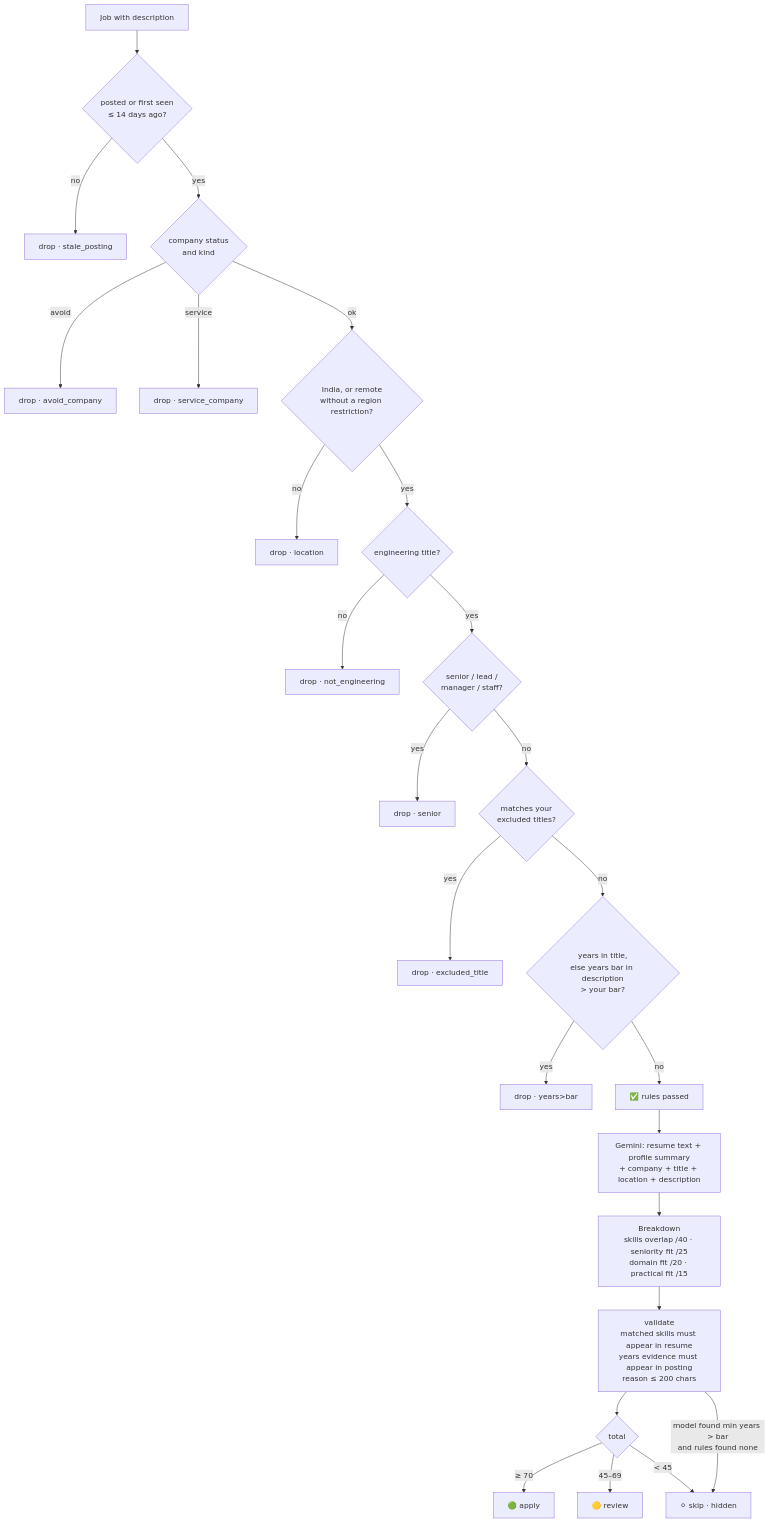
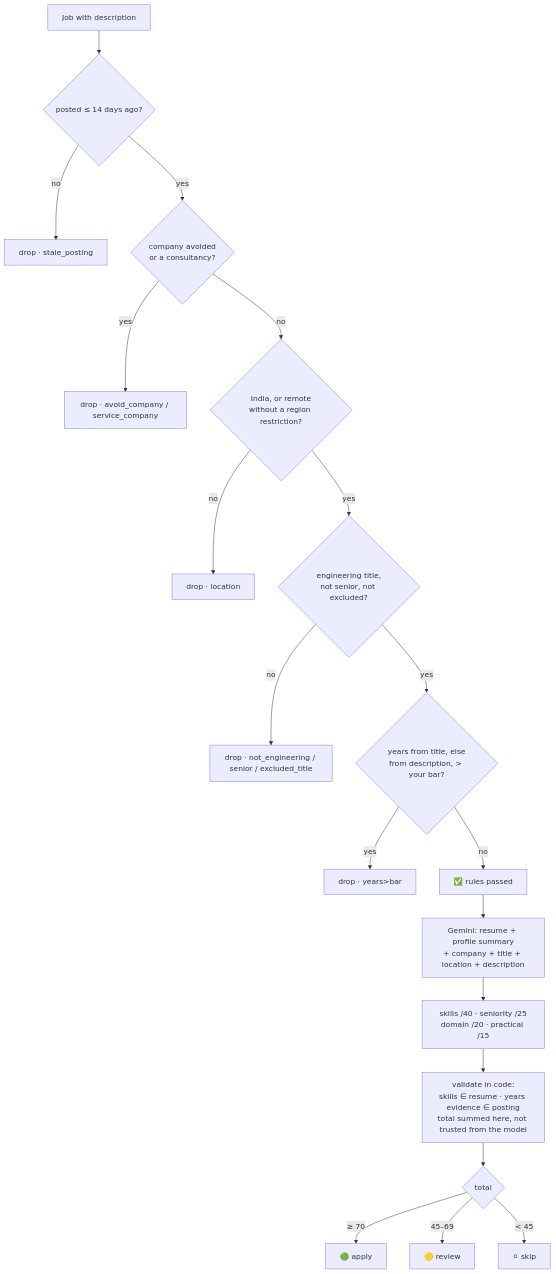
Before and after one commit to Poojitha319/hungry_hunt: the second of 3 diagrams in README.md, drawn with Mermaid. The commit also changed other lines of this file and 2 other files, not shown here.

````diff
--- a/README.md
+++ b/README.md
@@ -214,28 +89,22 @@
 ```mermaid
 flowchart TD
-    J[Job with description] --> stale{posted or first seen<br/>≤ 14 days ago?}
+    J[Job with description] --> stale{posted ≤ 14 days ago?}
     stale -- no --> X1[drop · stale_posting]
-    stale -- yes --> comp{company status<br/>and kind}
-    comp -- avoid --> X2[drop · avoid_company]
-    comp -- service --> X3[drop · service_company]
-    comp -- ok --> loc{India, or remote<br/>without a region restriction?}
-    loc -- no --> X4[drop · location]
-    loc -- yes --> title{engineering title?}
-    title -- no --> X5[drop · not_engineering]
-    title -- yes --> senior{senior / lead /<br/>manager / staff?}
-    senior -- yes --> X6[drop · senior]
-    senior -- no --> excl{matches your<br/>excluded titles?}
-    excl -- yes --> X7[drop · excluded_title]
-    excl -- no --> years{years in title,<br/>else years bar in description<br/>> your bar?}
-    years -- yes --> X8[drop · years>bar]
-    years -- no --> rules_ok[✅ rules passed]
+    stale -- yes --> comp{company avoided<br/>or a consultancy?}
+    comp -- yes --> X2[drop · avoid_company / service_company]
+    comp -- no --> loc{India, or remote<br/>without a region restriction?}
+    loc -- no --> X3[drop · location]
+    loc -- yes --> title{engineering title,<br/>not senior, not excluded?}
+    title -- no --> X4[drop · not_engineering / senior / excluded_title]
+    title -- yes --> years{years from title, else<br/>from description, > your bar?}
+    years -- yes --> X5[drop · years>bar]
+    years -- no --> ok[✅ rules passed]
 
-    rules_ok --> gem[Gemini: resume text + profile summary<br/>+ company + title + location + description]
-    gem --> rubric["Breakdown<br/>skills overlap /40 · seniority fit /25<br/>domain fit /20 · practical fit /15"]
-    rubric --> val[validate<br/>matched skills must appear in resume<br/>years evidence must appear in posting<br/>reason ≤ 200 chars]
-    val --> verdict{total}
-    verdict -- "≥ 70" --> apply[🟢 apply]
-    verdict -- "45–69" --> review[🟡 review]
-    verdict -- "< 45" --> skip[⚪ skip · hidden]
-    val -- "model found min years > bar<br/>and rules found none" --> skip
+    ok --> gem[Gemini: resume + profile summary<br/>+ company + title + location + description]
+    gem --> rubric["skills /40 · seniority /25<br/>domain /20 · practical /15"]
+    rubric --> val[validate in code:<br/>skills ∈ resume · years evidence ∈ posting<br/>total summed here, not trusted from the model]
+    val --> v{total}
+    v -- "≥ 70" --> apply[🟢 apply]
+    v -- "45–69" --> review[🟡 review]
+    v -- "< 45" --> skip[⚪ skip]
 ```
````
